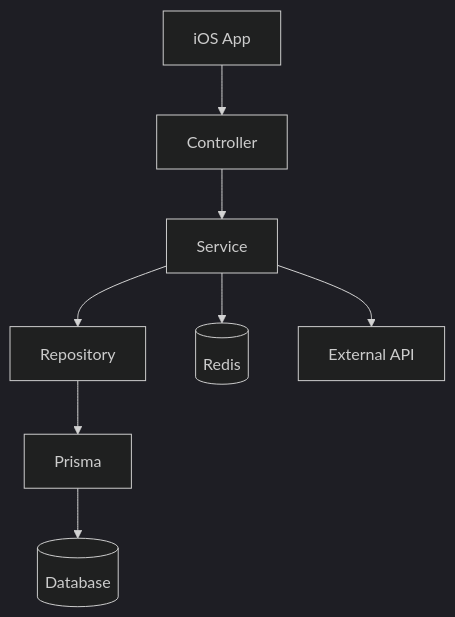
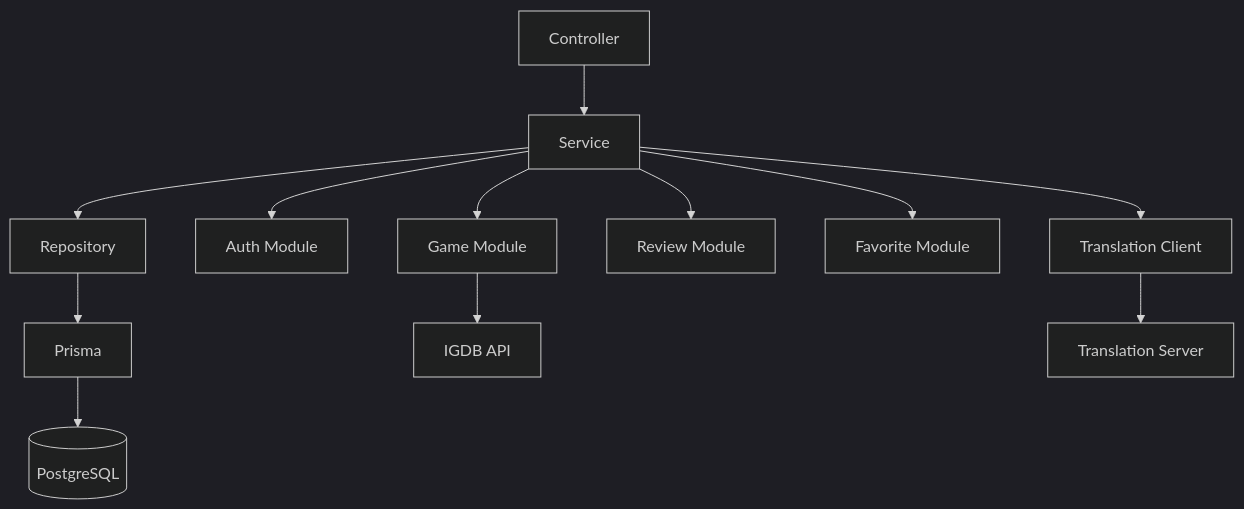
One commit to HwangSeokBeom/GamePediaDocs changed the first of 3 diagrams in docs/04-server/server-architecture.md. Above: the diagram before and after it, drawn with Mermaid (dark theme). The commit also changed other lines of this file and 8 other files, not shown here.

Commit message:
Update architecture docs and add branch strategy

````diff
--- a/docs/04-server/server-architecture.md
+++ b/docs/04-server/server-architecture.md
@@ -54,11 +65,16 @@
 ```mermaid
 flowchart TD
-    Client[iOS App] --> Controller[Controller]
-    Controller --> Service[Service]
+    Controller[Controller] --> Service[Service]
     Service --> Repository[Repository]
     Repository --> Prisma[Prisma]
-    Prisma --> DB[(Database)]
+    Prisma --> Postgres[(PostgreSQL)]
 
-    Service --> Redis[(Redis)]
-    Service --> External[External API]
+    Service --> Auth[Auth Module]
+    Service --> Game[Game Module]
+    Service --> Review[Review Module]
+    Service --> Favorite[Favorite Module]
+    Service --> TC[Translation Client]
+
+    Game --> IGDB[IGDB API]
+    TC --> TS[Translation Server]
 ```
````
